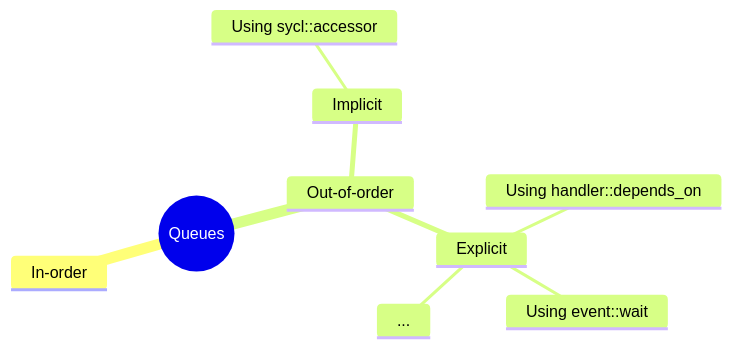
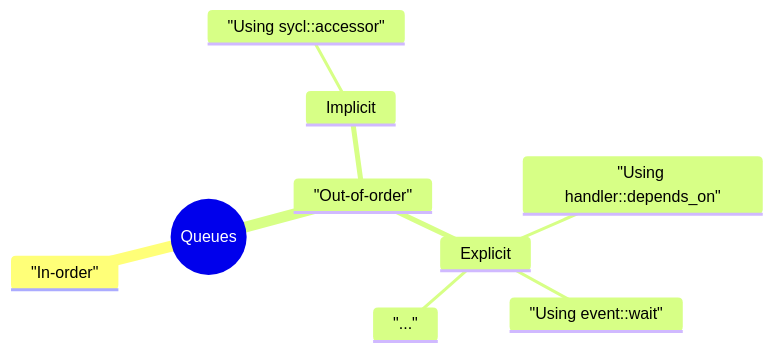
Before and after one commit to salehjg/Learning-SYCL: the diagram in examples/01.queues/readme.md, drawn with Mermaid.

````diff
--- a/examples/01.queues/readme.md
+++ b/examples/01.queues/readme.md
@@ -5,12 +5,12 @@
 ```mermaid
 mindmap
   root((Queues))
-    In-order
-    Out-of-order
+    "In-order"
+    "Out-of-order"
       Implicit
-        Using sycl::accessor
+        "Using sycl::accessor"
       Explicit
-        Using handler::depends_on
-        Using event::wait
-        ...
+        "Using handler::depends_on"
+        "Using event::wait"
+        "..."
 ```
````
